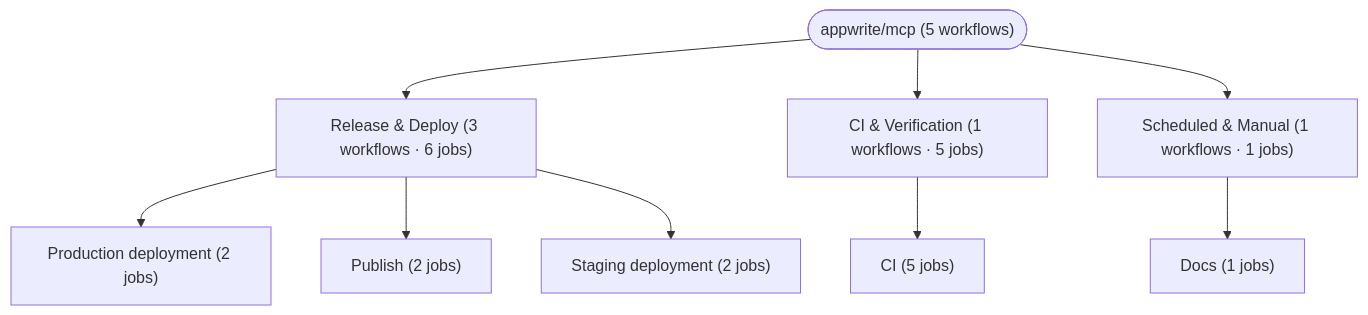
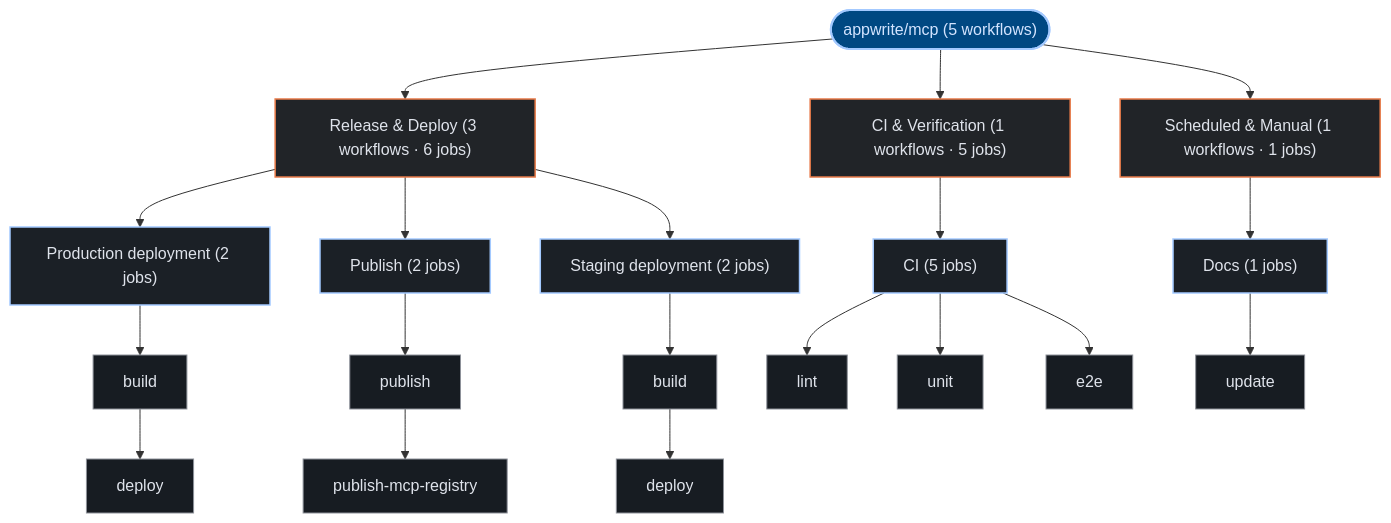
One commit to kumarshaz/atruss-code-atlas changed the third of 3 diagrams in exports/latest/reports/appwrite-mcp-report.md. Above: the diagram before and after it, drawn with Mermaid. The commit also changed other lines of this file and 331 other files, not shown here.

Commit message:
docs,ui,fix: update SDLC docs, reorder CI/CD DAG first, stylize Mermaid, and fix Arc42 pipeline topology

````diff
--- a/exports/latest/reports/appwrite-mcp-report.md
+++ b/exports/latest/reports/appwrite-mcp-report.md
@@ -230,20 +241,47 @@
 ```mermaid
 graph TD;
-  pipeline_root(["appwrite/mcp (5 workflows)"])
-  grp_0_Release___Deploy["Release & Deploy (3 workflows · 6 jobs)"]
+  classDef atlasRoot fill:#004882,stroke:#a3c9ff,stroke-width:2px,color:#d3e4ff
+  classDef atlasCategory fill:#212428,stroke:#E87A48,stroke-width:1.5px,color:#dfe3eb
+  classDef atlasWorkflow fill:#1b2026,stroke:#a3c9ff,stroke-width:1.5px,color:#dfe3eb
+  classDef atlasJob fill:#171c22,stroke:#8d9199,stroke-width:1px,color:#dfe3eb
+  classDef atlasTarget fill:#005227,stroke:#8bd99b,stroke-width:1.5px,color:#a7f6b6
+  classDef atlasAlert fill:#93000a,stroke:#ffb4ab,stroke-width:1.5px,color:#ffdad6
+  classDef atlasMore fill:#252a31,stroke:#8d9199,stroke-dasharray:4 4,color:#c3c6cf
+  pipeline_root(["appwrite/mcp (5 workflows)"]):::atlasRoot
+  grp_0_Release___Deploy["Release & Deploy (3 workflows · 6 jobs)"]:::atlasCategory
   pipeline_root --> grp_0_Release___Deploy
-  wf_1_Production_deployment["Production deployment (2 jobs)"]
+  wf_1_Production_deployment["Production deployment (2 jobs)"]:::atlasWorkflow
   grp_0_Release___Deploy --> wf_1_Production_deployment
-  wf_2_Publish["Publish (2 jobs)"]
+  job_1_build["build"]:::atlasJob
+  job_1_deploy["deploy"]:::atlasJob
+  wf_1_Production_deployment --> job_1_build
+  job_1_build --> job_1_deploy
+  wf_2_Publish["Publish (2 jobs)"]:::atlasWorkflow
   grp_0_Release___Deploy --> wf_2_Publish
-  wf_3_Staging_deployment["Staging deployment (2 jobs)"]
+  job_2_publish["publish"]:::atlasJob
+  job_2_publish_mcp_registry["publish-mcp-registry"]:::atlasJob
+  wf_2_Publish --> job_2_publish
+  job_2_publish --> job_2_publish_mcp_registry
+  wf_3_Staging_deployment["Staging deployment (2 jobs)"]:::atlasWorkflow
   grp_0_Release___Deploy --> wf_3_Staging_deployment
-  grp_1_CI___Verification["CI & Verification (1 workflows · 5 jobs)"]
+  job_3_build["build"]:::atlasJob
+  job_3_deploy["deploy"]:::atlasJob
+  wf_3_Staging_deployment --> job_3_build
+  job_3_build --> job_3_deploy
+  grp_1_CI___Verification["CI & Verification (1 workflows · 5 jobs)"]:::atlasCategory
   pipeline_root --> grp_1_CI___Verification
-  wf_0_CI["CI (5 jobs)"]
+  wf_0_CI["CI (5 jobs)"]:::atlasWorkflow
   grp_1_CI___Verification --> wf_0_CI
-  grp_2_Scheduled___Manual["Scheduled & Manual (1 workflows · 1 jobs)"]
+  job_0_lint["lint"]:::atlasJob
+  job_0_unit["unit"]:::atlasJob
+  job_0_e2e["e2e"]:::atlasJob
+  wf_0_CI --> job_0_lint
+  wf_0_CI --> job_0_unit
+  wf_0_CI --> job_0_e2e
+  grp_2_Scheduled___Manual["Scheduled & Manual (1 workflows · 1 jobs)"]:::atlasCategory
   pipeline_root --> grp_2_Scheduled___Manual
-  wf_4_Docs["Docs (1 jobs)"]
+  wf_4_Docs["Docs (1 jobs)"]:::atlasWorkflow
   grp_2_Scheduled___Manual --> wf_4_Docs
+  job_4_update["update"]:::atlasJob
+  wf_4_Docs --> job_4_update
 ```
````
